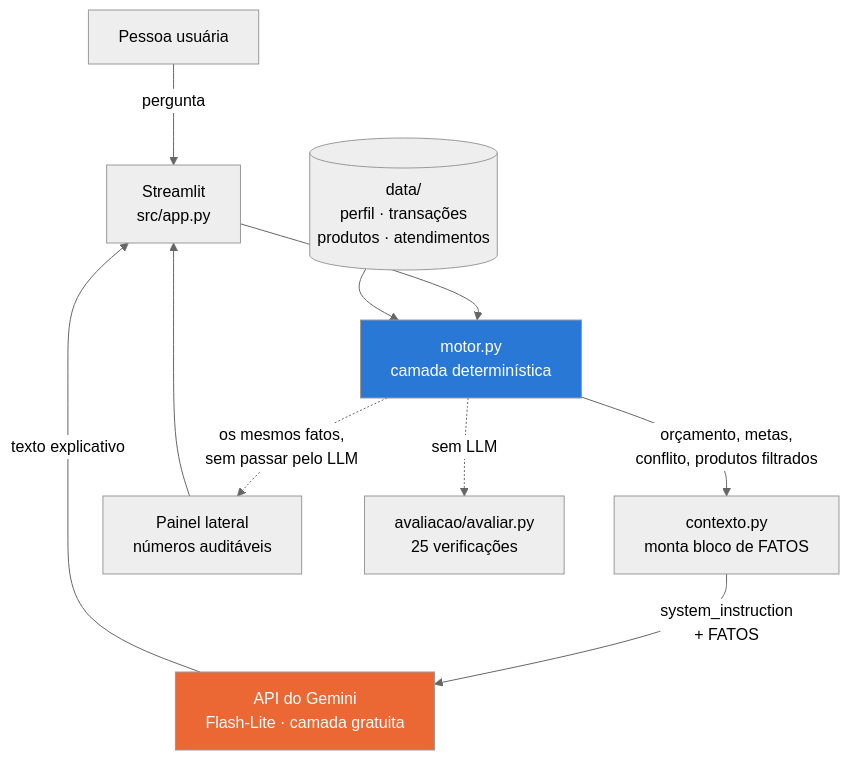
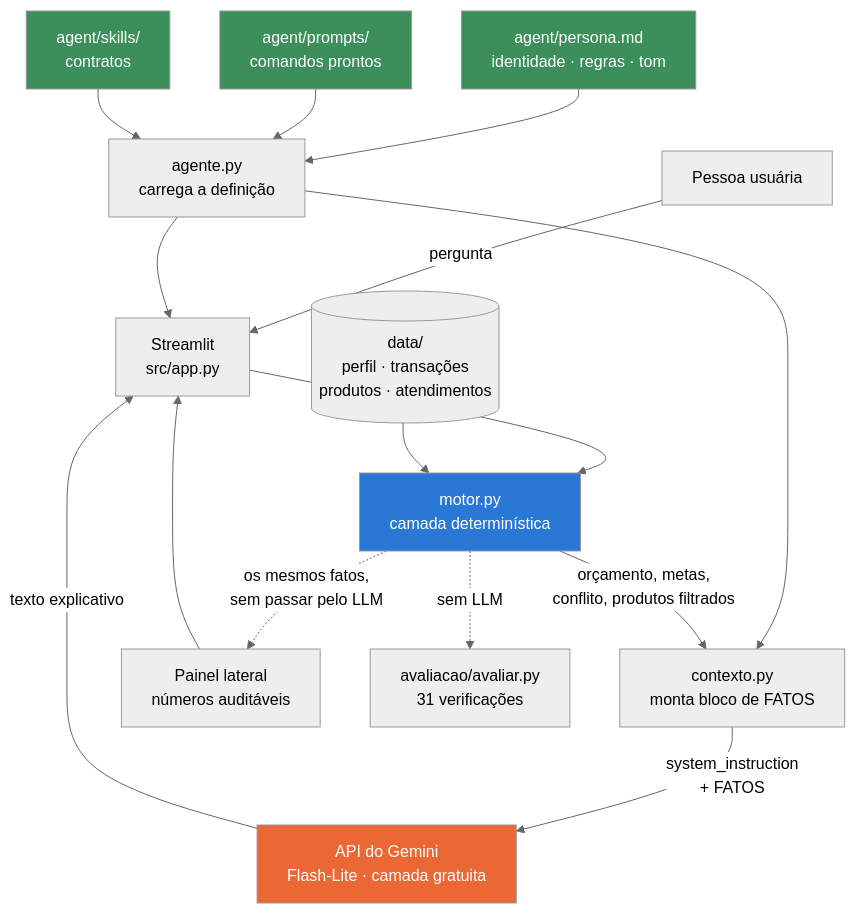
The diagram in docs/01-documentacao-agente.md (AndressaCristiny/rumo-assistente-metas-financeiras), drawn with Mermaid (neutral theme) before and after one commit. The commit also changed other lines of this file and 4 other files, not shown here.

````diff
--- a/docs/01-documentacao-agente.md
+++ b/docs/01-documentacao-agente.md
@@ -80,19 +87,28 @@
 ```mermaid
 flowchart TD
     A[Pessoa usuária] -->|pergunta| B[Streamlit<br/>src/app.py]
     B --> C[motor.py<br/>camada determinística]
 
     D[(data/<br/>perfil · transações<br/>produtos · atendimentos)] --> C
+
+    P[agent/persona.md<br/>identidade · regras · tom] --> AG[agente.py<br/>carrega a definição]
+    PR[agent/prompts/<br/>comandos prontos] --> AG
+    SK[agent/skills/<br/>contratos] --> AG
+    AG --> B
+    AG --> E
 
     C -->|orçamento, metas,<br/>conflito, produtos filtrados| E[contexto.py<br/>monta bloco de FATOS]
     E -->|system_instruction<br/>+ FATOS| F[API do Gemini<br/>Flash-Lite · camada gratuita]
     F -->|texto explicativo| B
 
     C -.->|os mesmos fatos,<br/>sem passar pelo LLM| G[Painel lateral<br/>números auditáveis]
     G --> B
 
-    C -.->|sem LLM| H[avaliacao/avaliar.py<br/>25 verificações]
+    C -.->|sem LLM| H[avaliacao/avaliar.py<br/>31 verificações]
 
     style C fill:#2a78d6,color:#fff
     style F fill:#eb6834,color:#fff
+    style P fill:#3c8f5a,color:#fff
+    style PR fill:#3c8f5a,color:#fff
+    style SK fill:#3c8f5a,color:#fff
 ```
````
